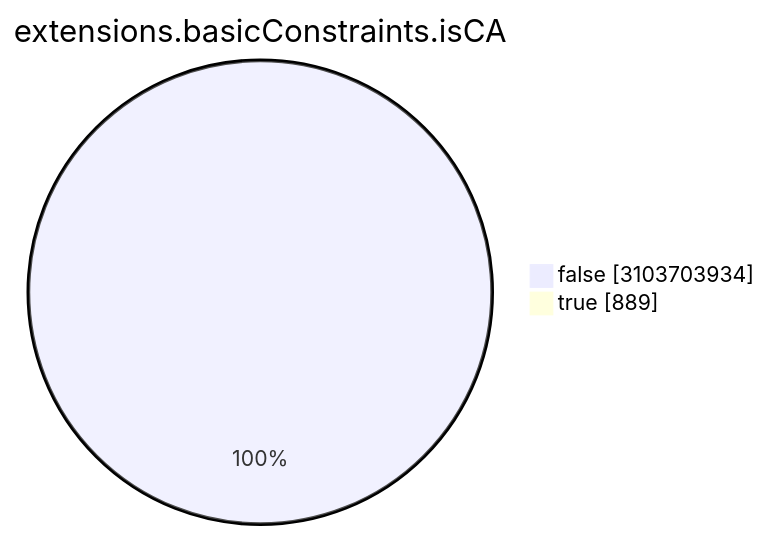
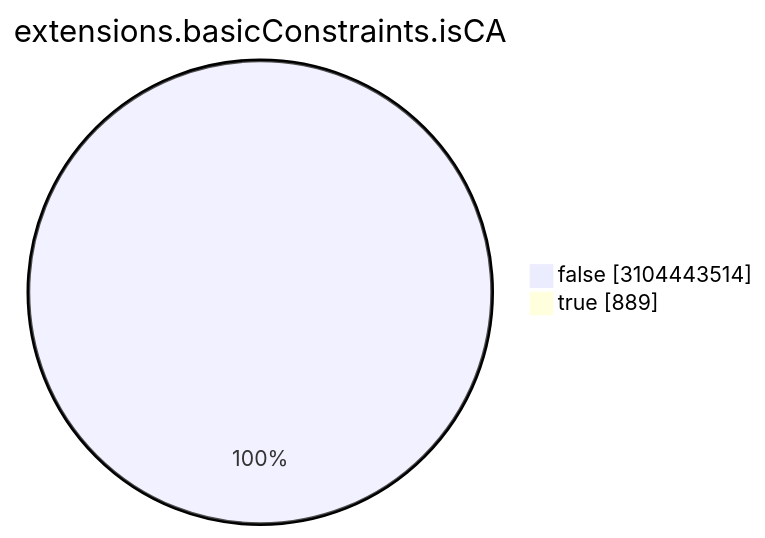
Before and after one commit to christiankrug/ctmonitor_visualization: the seventh of 15 diagrams in TOTAL/README.md, drawn with Mermaid. The commit also changed other lines of this file, not shown here.

````diff
--- a/TOTAL/README.md
+++ b/TOTAL/README.md
@@ -3086,6 +3086,6 @@
 ```mermaid
 pie showData
 title extensions.basicConstraints.isCA
-"false" :3103703934
+"false" :3104443514
 "true" :889
 ```
````
